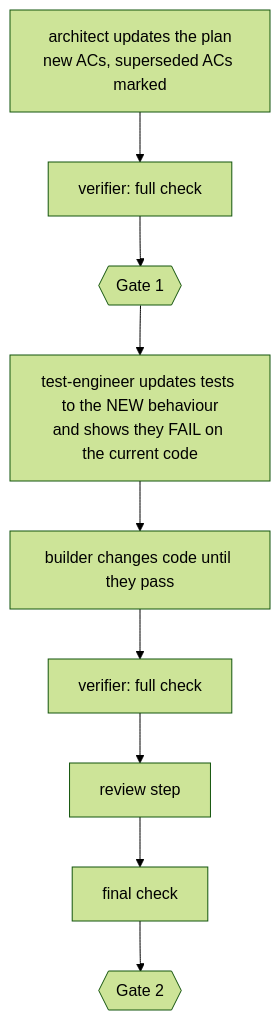
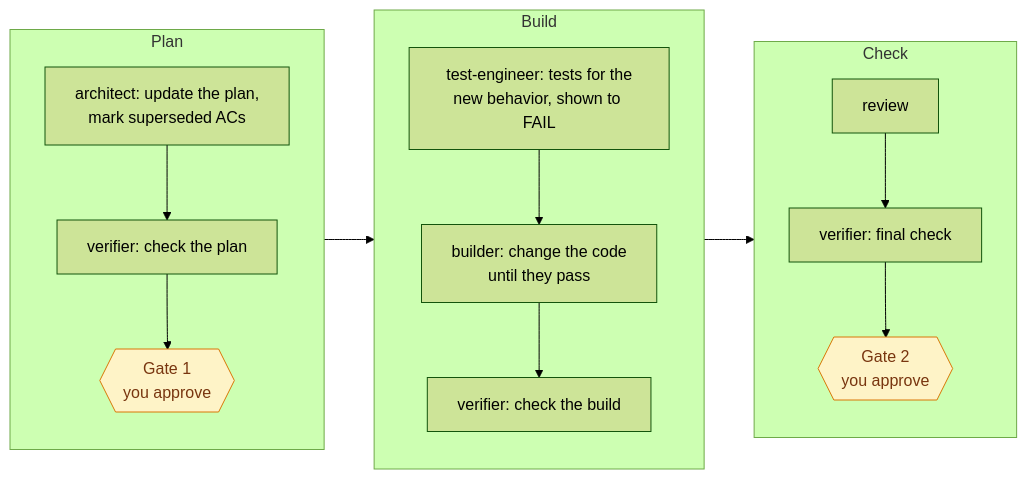
Before and after one commit to suryas91/claude-skills: the second of 6 diagrams in docs/flows.md, drawn with Mermaid (forest theme). The commit also changed other lines of this file and 31 other files, not shown here.

````diff
--- a/docs/flows.md
+++ b/docs/flows.md
@@ -57,7 +70,18 @@
 ```mermaid
-flowchart TD
-    A[architect updates the plan<br/>new ACs, superseded ACs marked] --> FC[verifier: full check] --> G1{{Gate 1}}
-    G1 --> T[test-engineer updates tests to the NEW behaviour<br/>and shows they FAIL on the current code]
-    T --> B[builder changes code until they pass]
-    B --> FC2[verifier: full check] --> REV[review step] --> FIN[final check] --> G2{{Gate 2}}
+flowchart LR
+    subgraph P [Plan]
+        direction TB
+        A[architect: update the plan,<br/>mark superseded ACs] --> V1[verifier: check the plan] --> G1{{Gate 1<br/>you approve}}
+    end
+    subgraph B [Build]
+        direction TB
+        T[test-engineer: tests for the<br/>new behavior, shown to FAIL] --> X[builder: change the code<br/>until they pass] --> V2[verifier: check the build]
+    end
+    subgraph K [Check]
+        direction TB
+        R[review] --> F[verifier: final check] --> G2{{Gate 2<br/>you approve}}
+    end
+    P --> B --> K
+    classDef gate fill:#fef3c7,stroke:#d97706,color:#78350f
+    class G1,G2 gate
 ```
````
